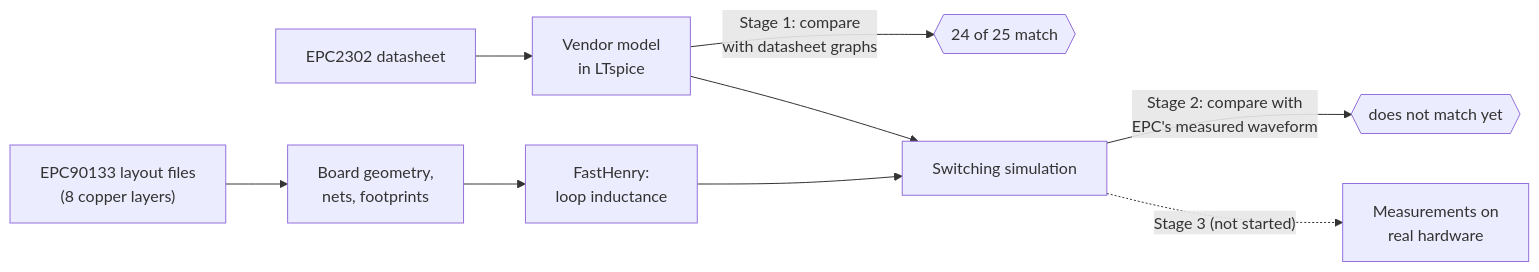
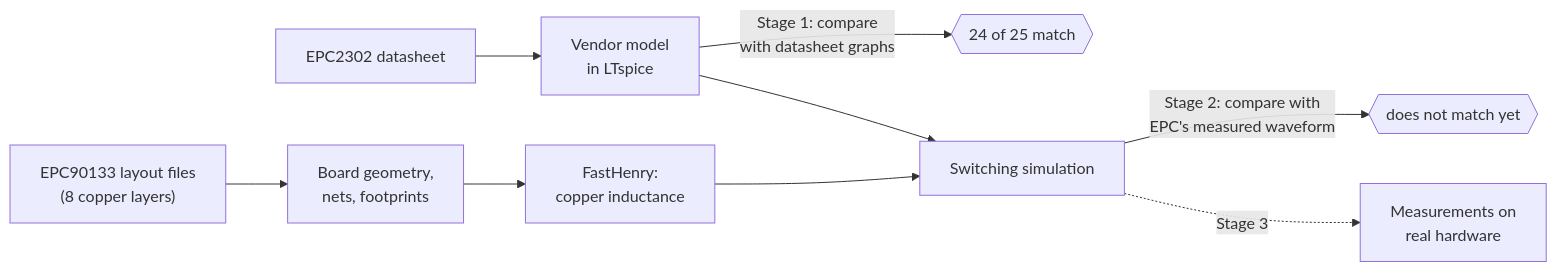
The diagram in README.md (jiaowh/GaNCircuit), drawn with Mermaid before and after one commit. The commit also changed other lines of this file, not shown here.

````diff
--- a/README.md
+++ b/README.md
@@ -17,11 +26,11 @@
 ```mermaid
 flowchart LR
     DS["EPC2302 datasheet"] --> M["Vendor model<br/>in LTspice"]
     M -->|"Stage 1: compare<br/>with datasheet graphs"| CHK1{{"24 of 25 match"}}
     G["EPC90133 layout files<br/>(8 copper layers)"] --> GEO["Board geometry,<br/>nets, footprints"]
-    GEO --> FH["FastHenry:<br/>loop inductance"]
+    GEO --> FH["FastHenry:<br/>copper inductance"]
     M --> SW["Switching simulation"]
     FH --> SW
     SW -->|"Stage 2: compare with<br/>EPC's measured waveform"| CHK2{{"does not match yet"}}
-    SW -.->|"Stage 3 (not started)"| HW["Measurements on<br/>real hardware"]
+    SW -.->|"Stage 3"| HW["Measurements on<br/>real hardware"]
 ```
````
